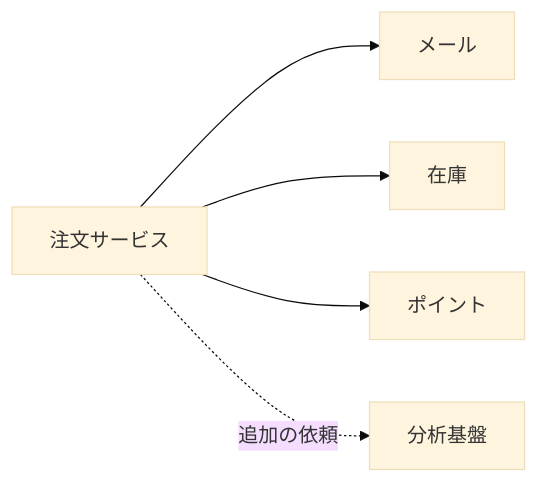
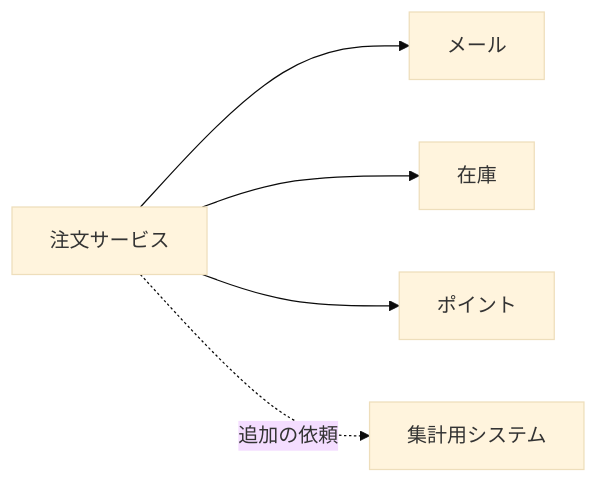
Before and after one commit to t-inoue0214/starter-web-async: the third of 3 diagrams in chapters/01-sync-call-limits.md, drawn with Mermaid (base theme). The commit also changed other lines of this file and 96 other files, not shown here.

````diff
--- a/chapters/01-sync-call-limits.md
+++ b/chapters/01-sync-call-limits.md
@@ -195,7 +146,7 @@
 ```mermaid
 flowchart LR
     O[注文サービス] --> M[メール]
     O --> I[在庫]
     O --> P[ポイント]
-    O -.->|"追加の依頼"| A[分析基盤]
+    O -.->|"追加の依頼"| A[集計用システム]
 ```
````
